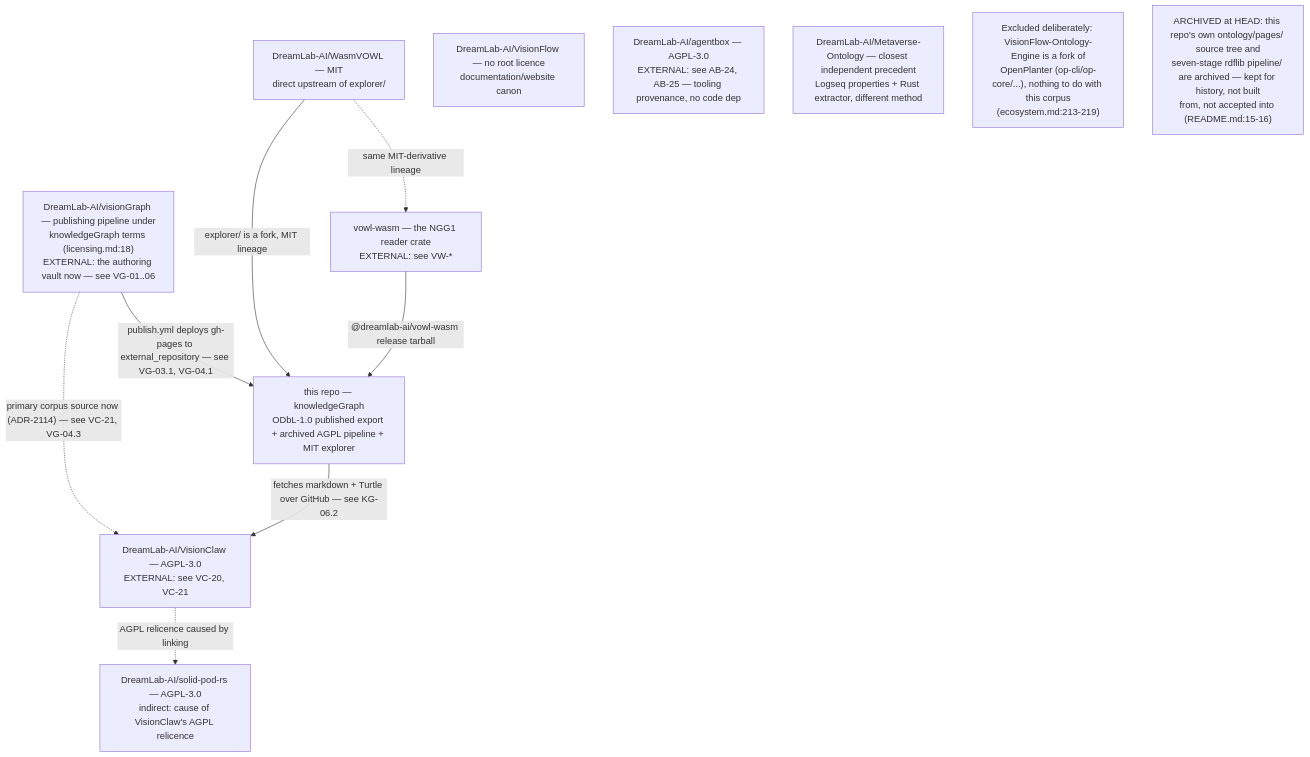
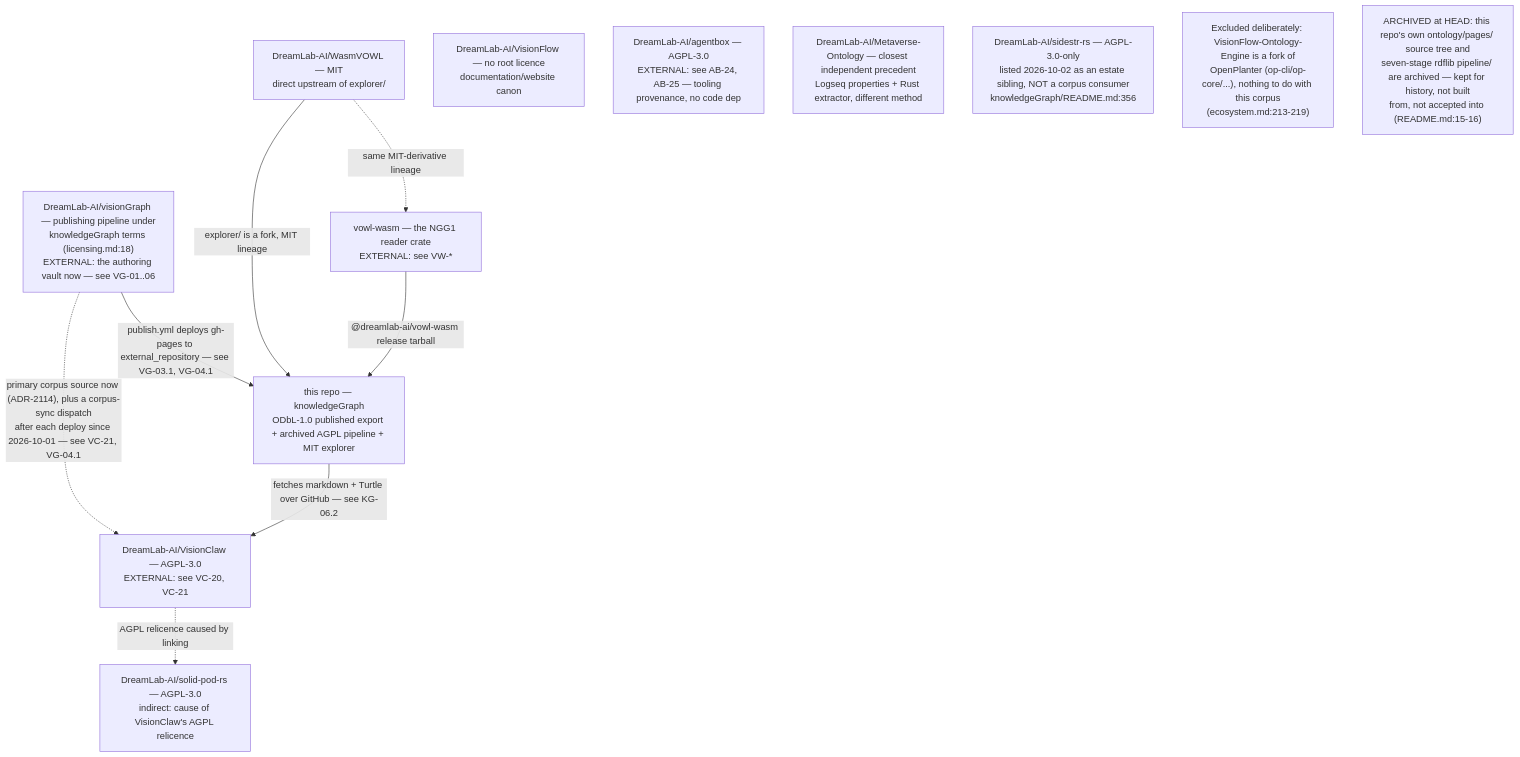
The first of 3 diagrams in docs/diagrams/knowledgegraph/06-consumers-and-integration.md (DreamLab-AI/VisionFlow), drawn with Mermaid before and after one commit. The commit also changed other lines of this file and 94 other files, not shown here.

First line of the commit message:
docs(diagrams): re-verify 130 topics against 2 October HEADs

````diff
--- a/docs/diagrams/knowledgegraph/06-consumers-and-integration.md
+++ b/docs/diagrams/knowledgegraph/06-consumers-and-integration.md
@@ -19,21 +19,22 @@
 ```mermaid
 flowchart TB
     VG["DreamLab-AI/visionGraph — publishing pipeline under<br/>knowledgeGraph terms #40;licensing.md:18#41;<br/>EXTERNAL: the authoring vault now — see VG-01..06"]
     KG["this repo — knowledgeGraph<br/>ODbL-1.0 published export + archived AGPL pipeline + MIT explorer"]
     VC["DreamLab-AI/VisionClaw — AGPL-3.0<br/>EXTERNAL: see VC-20, VC-21"]
     WV["DreamLab-AI/WasmVOWL — MIT<br/>direct upstream of explorer/"]
     VW["vowl-wasm — the NGG1 reader crate<br/>EXTERNAL: see VW-*"]
     VF["DreamLab-AI/VisionFlow — no root licence<br/>documentation/website canon"]
     AB["DreamLab-AI/agentbox — AGPL-3.0<br/>EXTERNAL: see AB-24, AB-25 — tooling provenance, no code dep"]
     MO["DreamLab-AI/Metaverse-Ontology — closest independent precedent<br/>Logseq properties + Rust extractor, different method"]
     SPR["DreamLab-AI/solid-pod-rs — AGPL-3.0<br/>indirect: cause of VisionClaw's AGPL relicence"]
+    SSR["DreamLab-AI/sidestr-rs — AGPL-3.0-only<br/>listed 2026-10-02 as an estate sibling, NOT a corpus consumer<br/>knowledgeGraph/README.md:356"]
     VG -->|"publish.yml deploys gh-pages to external_repository — see VG-03.1, VG-04.1"| KG
-    VG -.->|"primary corpus source now #40;ADR-2114#41; — see VC-21, VG-04.3"| VC
+    VG -.->|"primary corpus source now #40;ADR-2114#41;, plus a corpus-sync dispatch<br/>after each deploy since 2026-10-01 — see VC-21, VG-04.1"| VC
     KG -->|"fetches markdown + Turtle over GitHub — see KG-06.2"| VC
     WV -->|"explorer/ is a fork, MIT lineage"| KG
     WV -.->|"same MIT-derivative lineage"| VW
     VW -->|"@dreamlab-ai/vowl-wasm release tarball"| KG
     VC -.->|"AGPL relicence caused by linking"| SPR
     note1["Excluded deliberately: VisionFlow-Ontology-Engine is a fork of<br/>OpenPlanter #40;op-cli/op-core/...#41;, nothing to do with this corpus<br/>#40;ecosystem.md:213-219#41;"]
     note2["ARCHIVED at HEAD: this repo's own ontology/pages/ source tree and<br/>seven-stage rdflib pipeline/ are archived — kept for history, not built<br/>from, not accepted into #40;README.md:15-16#41;"]
 ```
````
